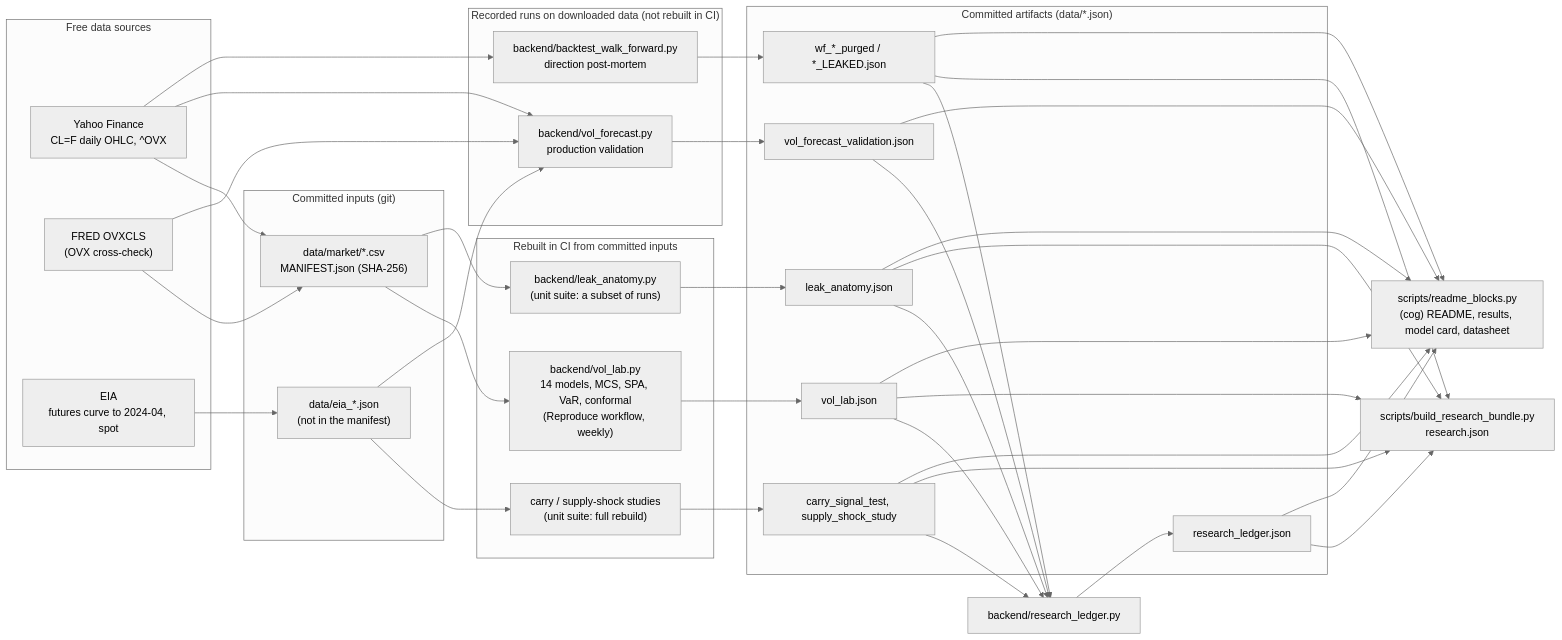
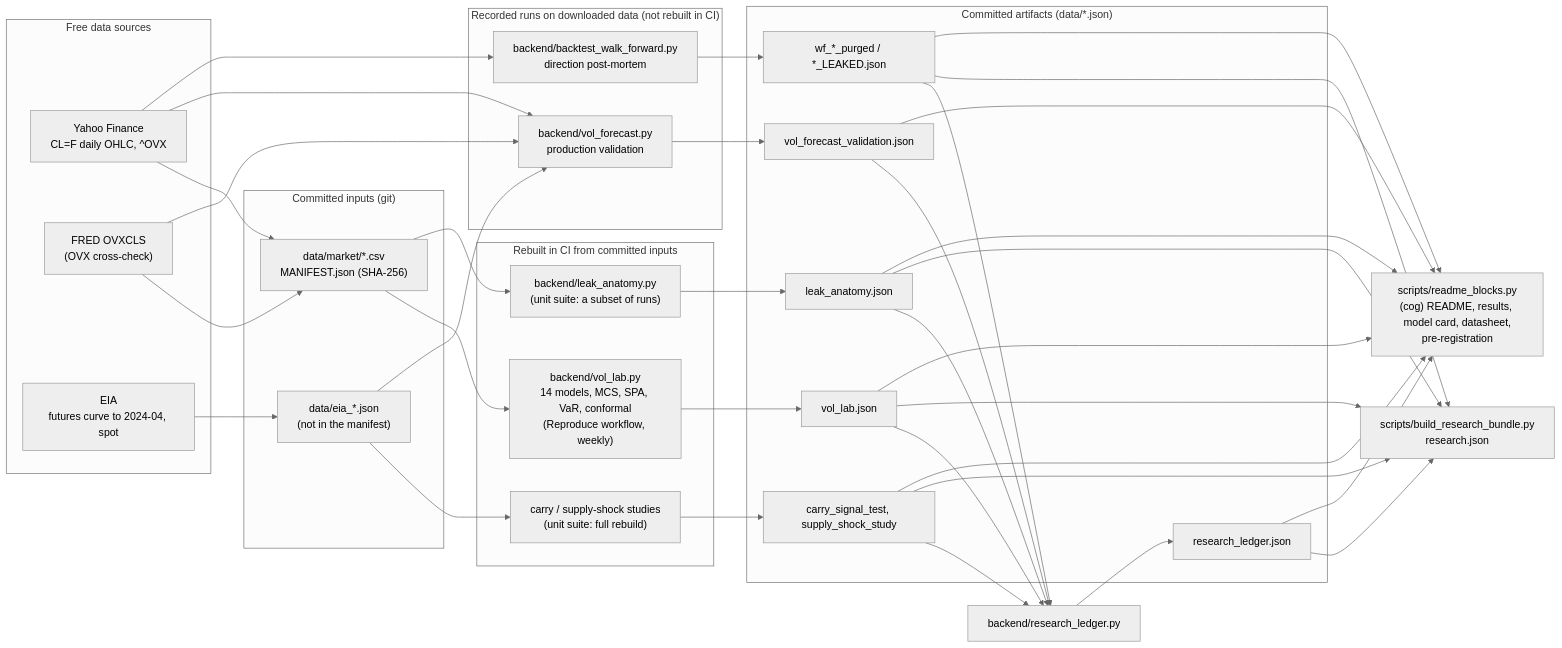
Before and after one commit to NavnoorBawa/WTI-Crude-Oil-Futures: the first of 2 diagrams in docs/ARCHITECTURE.md, drawn with Mermaid (neutral theme). The commit also changed 10 other files, not shown here.

````diff
--- a/docs/ARCHITECTURE.md
+++ b/docs/ARCHITECTURE.md
@@ -13,43 +13,43 @@
 ```mermaid
 flowchart LR
     subgraph sources["Free data sources"]
         Y["Yahoo Finance<br/>CL=F daily OHLC, ^OVX"]
         F["FRED OVXCLS<br/>(OVX cross-check)"]
         E["EIA<br/>futures curve to 2024-04, spot"]
     end
     subgraph pinned["Committed inputs (git)"]
         S["data/market/*.csv<br/>MANIFEST.json (SHA-256)"]
         EC["data/eia_*.json<br/>(not in the manifest)"]
     end
     subgraph offline["Rebuilt in CI from committed inputs"]
         L["backend/vol_lab.py<br/>14 models, MCS, SPA, VaR, conformal<br/>(Reproduce workflow, weekly)"]
         LA["backend/leak_anatomy.py<br/>(unit suite: a subset of runs)"]
         C["carry / supply-shock studies<br/>(unit suite: full rebuild)"]
     end
     subgraph recorded["Recorded runs on downloaded data (not rebuilt in CI)"]
         V["backend/vol_forecast.py<br/>production validation"]
         W["backend/backtest_walk_forward.py<br/>direction post-mortem"]
     end
     subgraph artifacts["Committed artifacts (data/*.json)"]
         A1["vol_lab.json"]
         A4["leak_anatomy.json"]
         A3["carry_signal_test, supply_shock_study"]
         A5["vol_forecast_validation.json"]
         A2["wf_*_purged / *_LEAKED.json"]
         A6["research_ledger.json"]
     end
     Y --> S
     F --> S
     E --> EC
     S --> L --> A1
     S --> LA --> A4
     EC --> C --> A3
     Y --> V
     F --> V
     EC --> V
     V --> A5
     Y --> W --> A2
     A1 & A2 & A3 & A4 & A5 --> LG["backend/research_ledger.py"] --> A6
     A1 & A2 & A3 & A4 & A6 --> B["scripts/build_research_bundle.py<br/>research.json"]
-    A1 & A2 & A3 & A4 & A5 & A6 --> R["scripts/readme_blocks.py<br/>(cog) README, results, model card, datasheet"]
+    A1 & A2 & A3 & A4 & A5 & A6 --> R["scripts/readme_blocks.py<br/>(cog) README, results, model card, datasheet,<br/>pre-registration"]
 ```
````
